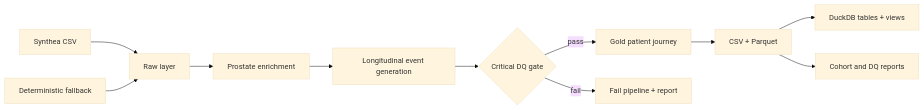
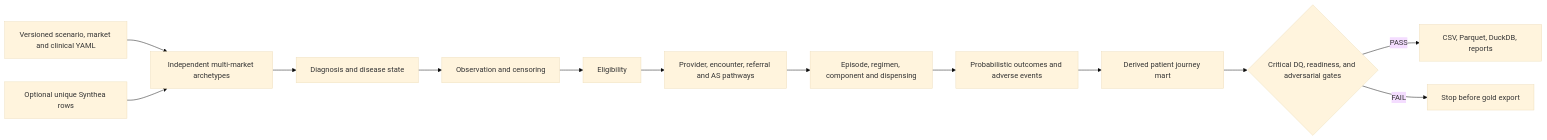
One commit to tudor108/syntheea-analysis changed the diagram in docs/ARCHITECTURE.md. Above: the diagram before and after it, drawn with Mermaid (base theme). The commit also changed other lines of this file and 104 other files, not shown here.

Commit message:
Remediate dataset readiness and add adversarial audit

````diff
--- a/docs/ARCHITECTURE.md
+++ b/docs/ARCHITECTURE.md
@@ -5,13 +5,15 @@
 ```mermaid
 flowchart LR
-    A[Synthea CSV] --> B[Raw layer]
-    X[Deterministic fallback] --> B
-    B --> C[Prostate enrichment]
-    C --> D[Longitudinal event generation]
-    D --> E{Critical DQ gate}
-    E -->|pass| F[Gold patient journey]
-    E -->|fail| Z[Fail pipeline + report]
-    F --> G[CSV + Parquet]
-    G --> H[DuckDB tables + views]
-    G --> I[Cohort and DQ reports]
+    C[Versioned scenario, market and clinical YAML] --> P[Independent multi-market archetypes]
+    S[Optional unique Synthea rows] --> P
+    P --> D[Diagnosis and disease state]
+    D --> O[Observation and censoring]
+    O --> E[Eligibility]
+    E --> W[Provider, encounter, referral and AS pathways]
+    W --> T[Episode, regimen, component and dispensing]
+    T --> X[Probabilistic outcomes and adverse events]
+    X --> M[Derived patient journey mart]
+    M --> Q{Critical DQ, readiness, and adversarial gates}
+    Q -->|PASS| G[CSV, Parquet, DuckDB, reports]
+    Q -->|FAIL| F[Stop before gold export]
 ```
````
